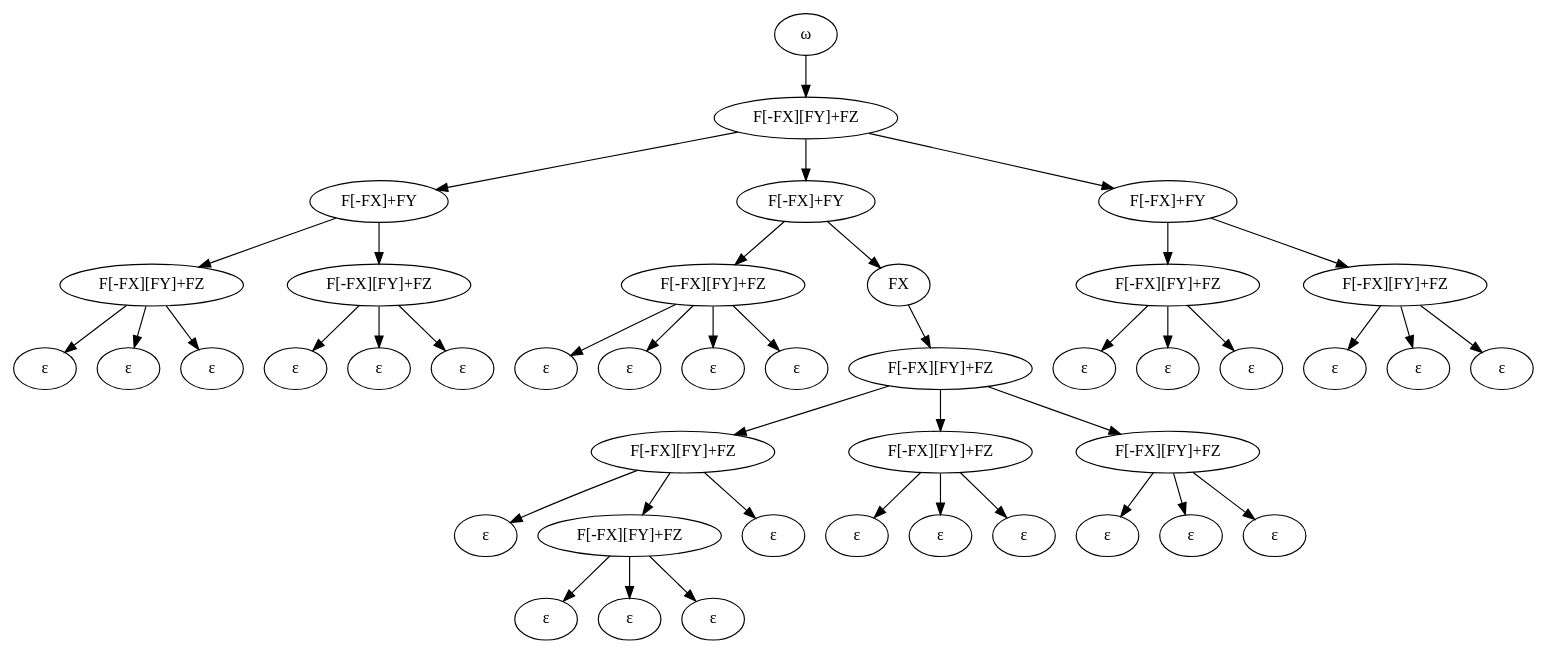
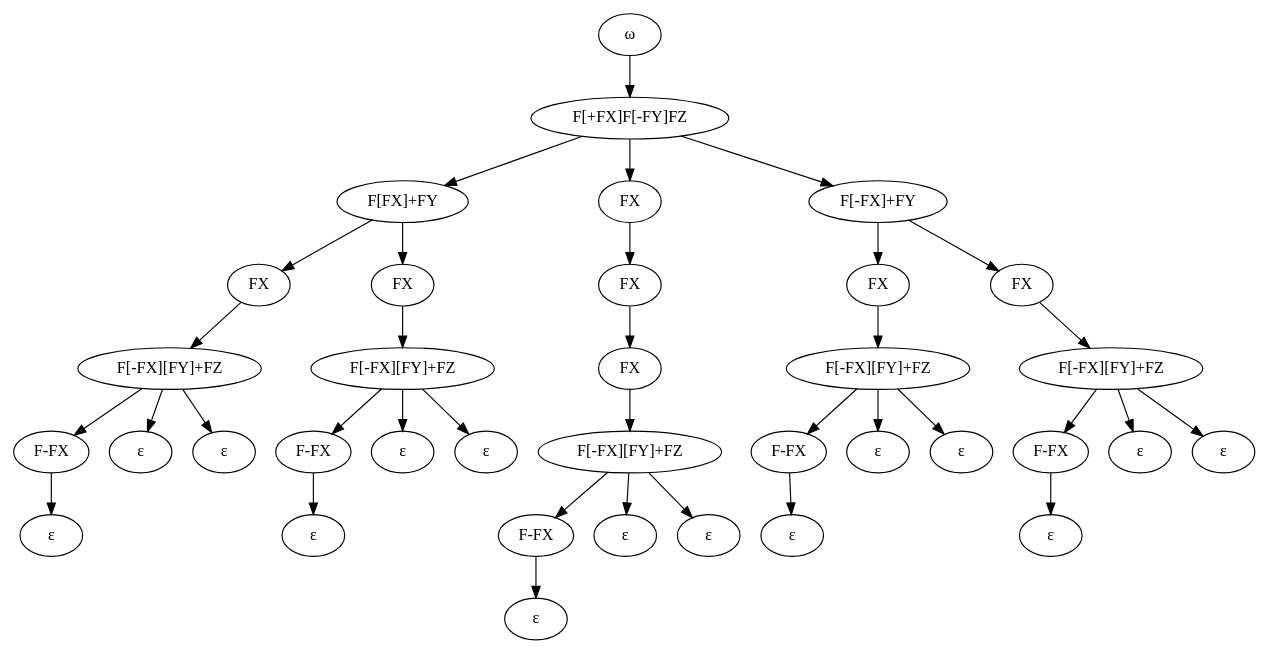
Before and after one commit to adrian-helberg/bachelor: the diagram in Generator/user_structure.dot, drawn with Graphviz. The commit also changed 25 other files, not shown here.

```diff
--- a/Generator/user_structure.dot
+++ b/Generator/user_structure.dot
@@ -1,87 +1,73 @@
 digraph {
 omega [label="ω"]
-0 [label="F[-FX][FY]+FZ"]
-1 [label="F[-FX]+FY"]
-2 [label="F[-FX]+FY"]
+0 [label="F[+FX]F[-FY]FZ"]
+1 [label="F[FX]+FY"]
+2 [label="FX"]
 3 [label="F[-FX]+FY"]
-4 [label="F[-FX][FY]+FZ"]
-5 [label="F[-FX][FY]+FZ"]
-6 [label="F[-FX][FY]+FZ"]
+4 [label="FX"]
+5 [label="FX"]
+6 [label="FX"]
 7 [label="FX"]
-8 [label="F[-FX][FY]+FZ"]
+8 [label="FX"]
 9 [label="F[-FX][FY]+FZ"]
-10 [label="ε"]
-11 [label="ε"]
-12 [label="ε"]
-13 [label="ε"]
-14 [label="ε"]
+10 [label="F[-FX][FY]+FZ"]
+11 [label="FX"]
+12 [label="F[-FX][FY]+FZ"]
+13 [label="F[-FX][FY]+FZ"]
+14 [label="F-FX"]
 15 [label="ε"]
 16 [label="ε"]
-17 [label="ε"]
+17 [label="F-FX"]
 18 [label="ε"]
 19 [label="ε"]
 20 [label="F[-FX][FY]+FZ"]
-21 [label="ε"]
+21 [label="F-FX"]
 22 [label="ε"]
 23 [label="ε"]
-24 [label="ε"]
+24 [label="F-FX"]
 25 [label="ε"]
 26 [label="ε"]
-27 [label="F[-FX][FY]+FZ"]
-28 [label="F[-FX][FY]+FZ"]
-29 [label="F[-FX][FY]+FZ"]
+27 [label="ε"]
+28 [label="ε"]
+29 [label="F-FX"]
 30 [label="ε"]
-31 [label="F[-FX][FY]+FZ"]
+31 [label="ε"]
 32 [label="ε"]
 33 [label="ε"]
 34 [label="ε"]
-35 [label="ε"]
-36 [label="ε"]
-37 [label="ε"]
-38 [label="ε"]
-39 [label="ε"]
-40 [label="ε"]
-41 [label="ε"]
 omega -> 0
 0 -> 1
 0 -> 2
 0 -> 3
 1 -> 4
 1 -> 5
 2 -> 6
-2 -> 7
+3 -> 7
 3 -> 8
-3 -> 9
-4 -> 10
-4 -> 11
-4 -> 12
-5 -> 13
-5 -> 14
-5 -> 15
-6 -> 16
-6 -> 17
-6 -> 18
-6 -> 19
-7 -> 20
-8 -> 21
-8 -> 22
-8 -> 23
-9 -> 24
-9 -> 25
-9 -> 26
-20 -> 27
-20 -> 28
+4 -> 9
+5 -> 10
+6 -> 11
+7 -> 12
+8 -> 13
+9 -> 14
+9 -> 15
+9 -> 16
+10 -> 17
+10 -> 18
+10 -> 19
+11 -> 20
+12 -> 21
+12 -> 22
+12 -> 23
+13 -> 24
+13 -> 25
+13 -> 26
+14 -> 27
+17 -> 28
 20 -> 29
-27 -> 30
-27 -> 31
-27 -> 32
-28 -> 33
-28 -> 34
-28 -> 35
-29 -> 36
-29 -> 37
-29 -> 38
-31 -> 39
-31 -> 40
-31 -> 41
+20 -> 30
+20 -> 31
+21 -> 32
+24 -> 33
+29 -> 34
 }
```
